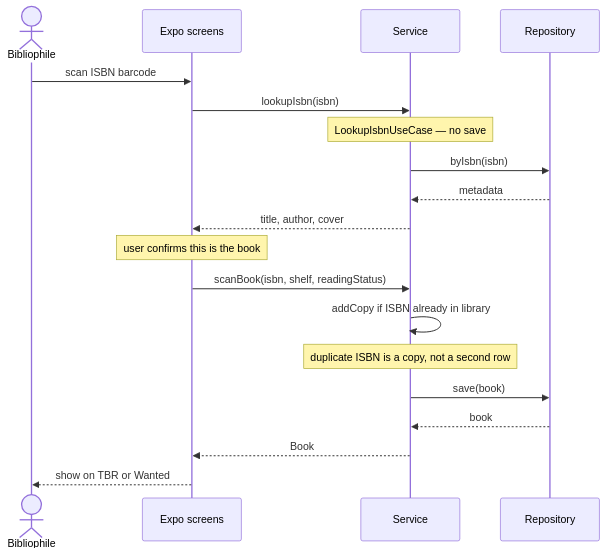
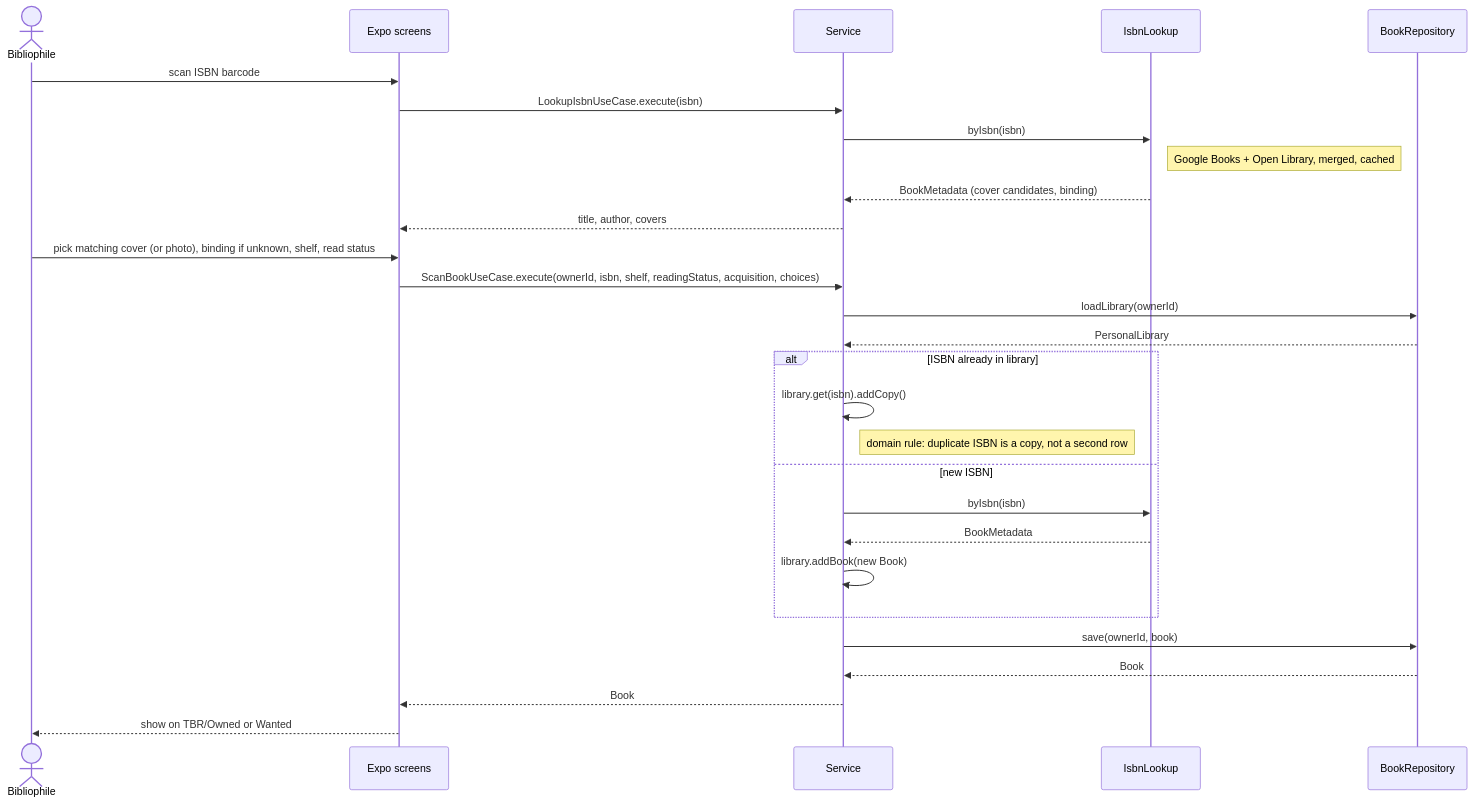
One commit to ghechavarria/cen5064-project-hechavarria changed the sixth of 6 diagrams in README.md. Above: the diagram before and after it, drawn with Mermaid. The commit also changed other lines of this file and 207 other files, not shown here.

````diff
--- a/README.md
+++ b/README.md
@@ -105,21 +268,30 @@
 ```mermaid
 sequenceDiagram
     actor U as Bibliophile
     participant UI as Expo screens
     participant S as Service
-    participant R as Repository
+    participant L as IsbnLookup
+    participant R as BookRepository
     U->>UI: scan ISBN barcode
-    UI->>S: lookupIsbn(isbn)
-    Note over S: LookupIsbnUseCase — no save
-    S->>R: byIsbn(isbn)
-    R-->>S: metadata
-    S-->>UI: title, author, cover
-    Note over UI: user confirms this is the book
-    UI->>S: scanBook(isbn, shelf, readingStatus)
-    S->>S: addCopy if ISBN already in library
-    Note over S: duplicate ISBN is a copy, not a second row
-    S->>R: save(book)
-    R-->>S: book
+    UI->>S: LookupIsbnUseCase.execute(isbn)
+    S->>L: byIsbn(isbn)
+    Note right of L: Google Books + Open Library, merged, cached
+    L-->>S: BookMetadata (cover candidates, binding)
+    S-->>UI: title, author, covers
+    U->>UI: pick matching cover (or photo), binding if unknown, shelf, read status
+    UI->>S: ScanBookUseCase.execute(ownerId, isbn, shelf, readingStatus, acquisition, choices)
+    S->>R: loadLibrary(ownerId)
+    R-->>S: PersonalLibrary
+    alt ISBN already in library
+        S->>S: library.get(isbn).addCopy()
+        Note right of S: domain rule: duplicate ISBN is a copy, not a second row
+    else new ISBN
+        S->>L: byIsbn(isbn)
+        L-->>S: BookMetadata
+        S->>S: library.addBook(new Book)
+    end
+    S->>R: save(ownerId, book)
+    R-->>S: Book
     S-->>UI: Book
-    UI-->>U: show on TBR or Wanted
+    UI-->>U: show on TBR/Owned or Wanted
 ```
````
